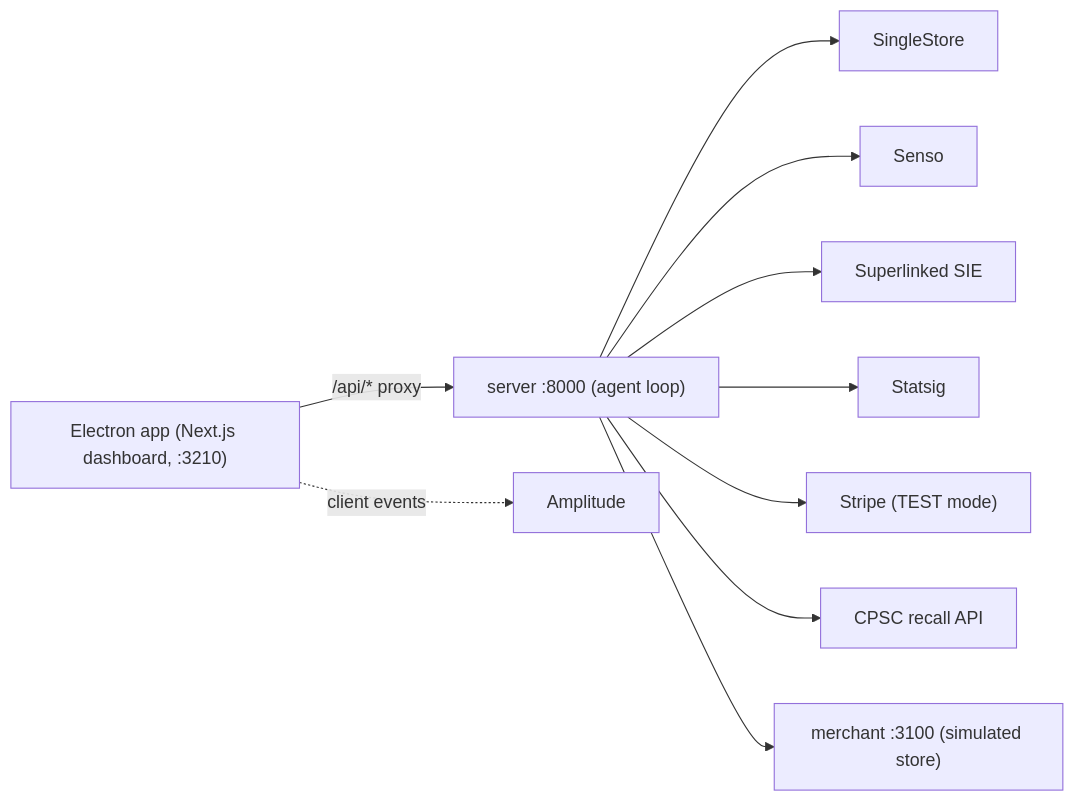
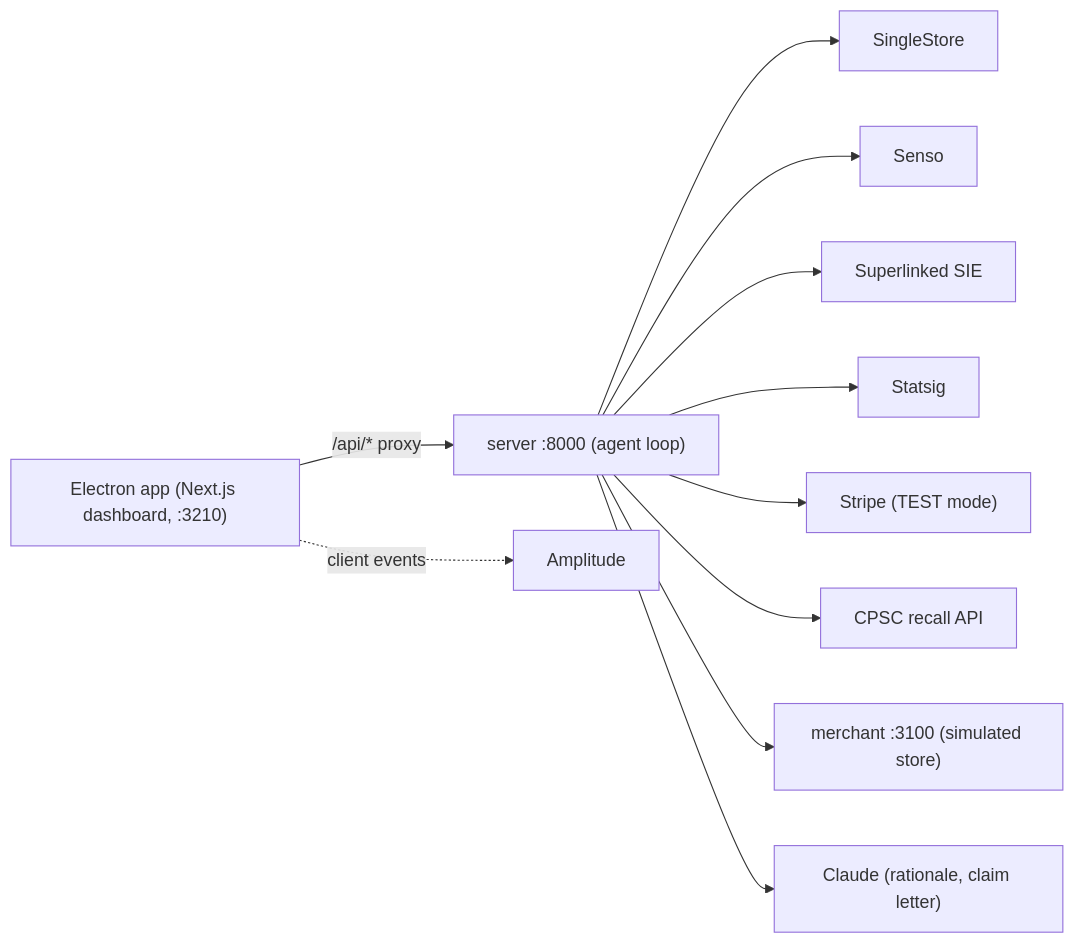
The diagram in README.md (naelqdl/Safe-Cart), drawn with Mermaid before and after one commit. The commit also changed other lines of this file and 11 other files, not shown here.

````diff
--- a/README.md
+++ b/README.md
@@ -47,12 +45,13 @@
 ```mermaid
 flowchart LR
   Browser["Electron app (Next.js dashboard, :3210)"] -->|"/api/* proxy"| Server["server :8000 (agent loop)"]
   Browser -.->|"client events"| Amp[Amplitude]
   Server --> S2[SingleStore]
   Server --> Senso[Senso]
   Server --> SIE[Superlinked SIE]
   Server --> Statsig[Statsig]
   Server --> Stripe["Stripe (TEST mode)"]
   Server --> CPSC["CPSC recall API"]
   Server --> Merchant["merchant :3100 (simulated store)"]
+  Server --> Claude["Claude (rationale, claim letter)"]
 ```
````
